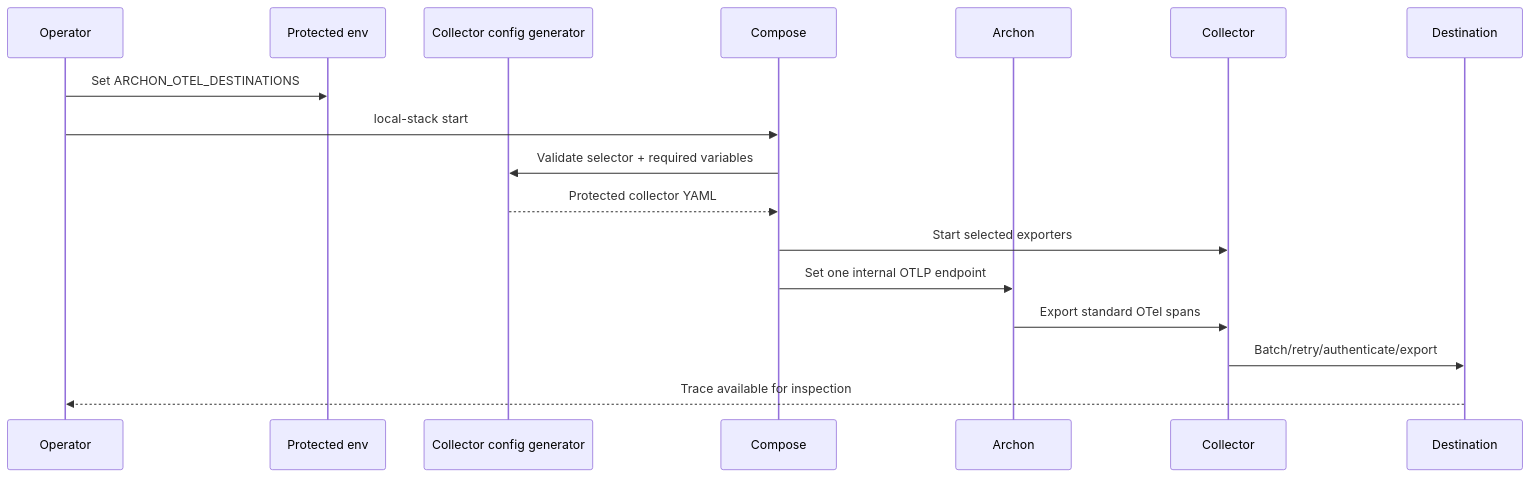
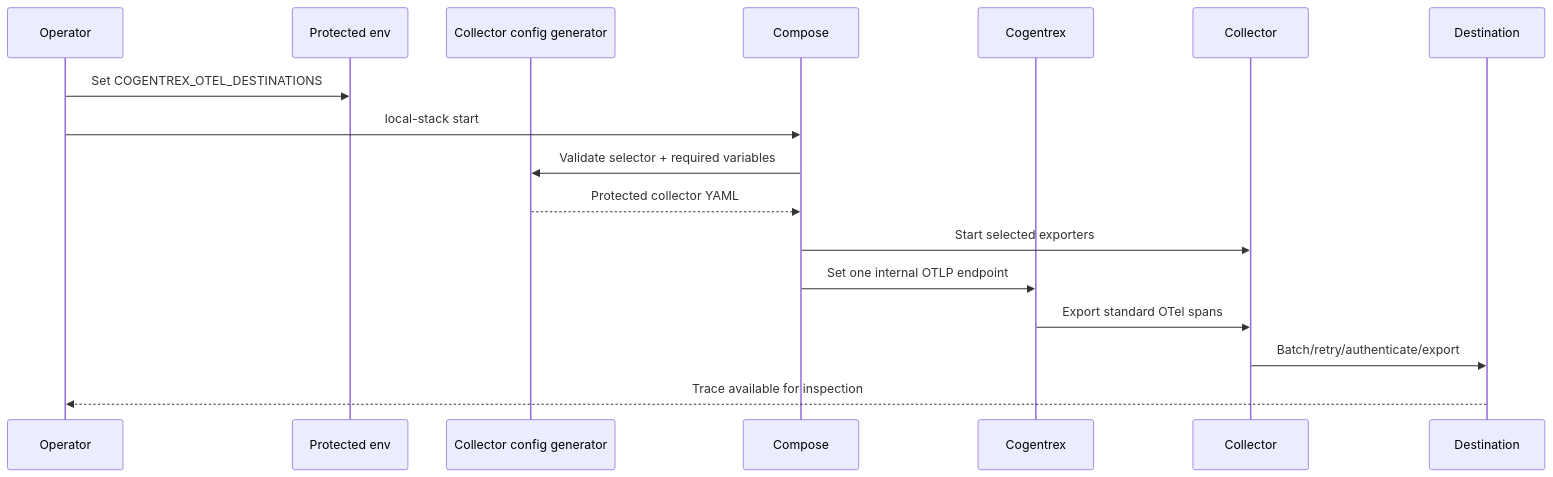
Before and after one commit to levalencia/archon: the fourth of 9 diagrams in .hermes/plans/2026-09-07_145149-vendor-neutral-otel-destination-switching.md, drawn with Mermaid. The commit also changed other lines of this file and 414 other files, not shown here.

First line of the commit message:
feat: rebrand Archon as Cogentrex

````diff
--- a/.hermes/plans/2026-09-07_145149-vendor-neutral-otel-destination-switching.md
+++ b/.hermes/plans/2026-09-07_145149-vendor-neutral-otel-destination-switching.md
@@ -290,20 +290,20 @@
 ```mermaid
 sequenceDiagram
     participant Operator
     participant Env as Protected env
     participant Generator as Collector config generator
     participant Compose
-    participant Archon
+    participant Cogentrex
     participant Collector
     participant Destination
 
-    Operator->>Env: Set ARCHON_OTEL_DESTINATIONS
+    Operator->>Env: Set COGENTREX_OTEL_DESTINATIONS
     Operator->>Compose: local-stack start
     Compose->>Generator: Validate selector + required variables
     Generator-->>Compose: Protected collector YAML
     Compose->>Collector: Start selected exporters
-    Compose->>Archon: Set one internal OTLP endpoint
-    Archon->>Collector: Export standard OTel spans
+    Compose->>Cogentrex: Set one internal OTLP endpoint
+    Cogentrex->>Collector: Export standard OTel spans
     Collector->>Destination: Batch/retry/authenticate/export
     Destination-->>Operator: Trace available for inspection
 ```
````
